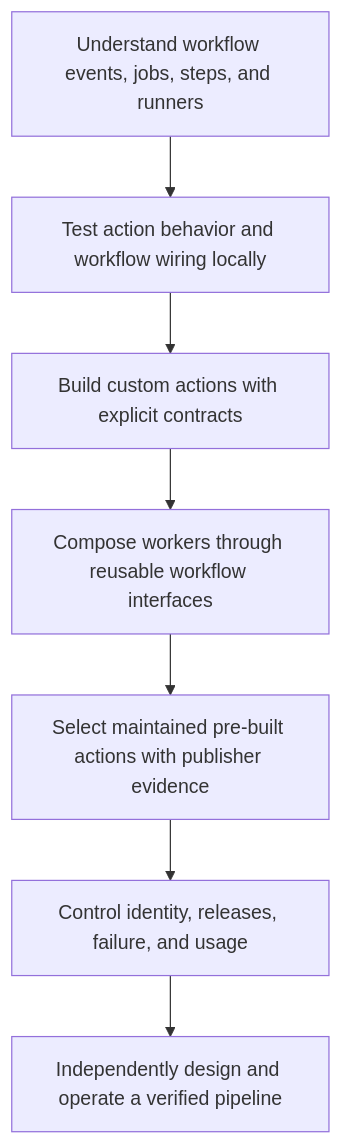
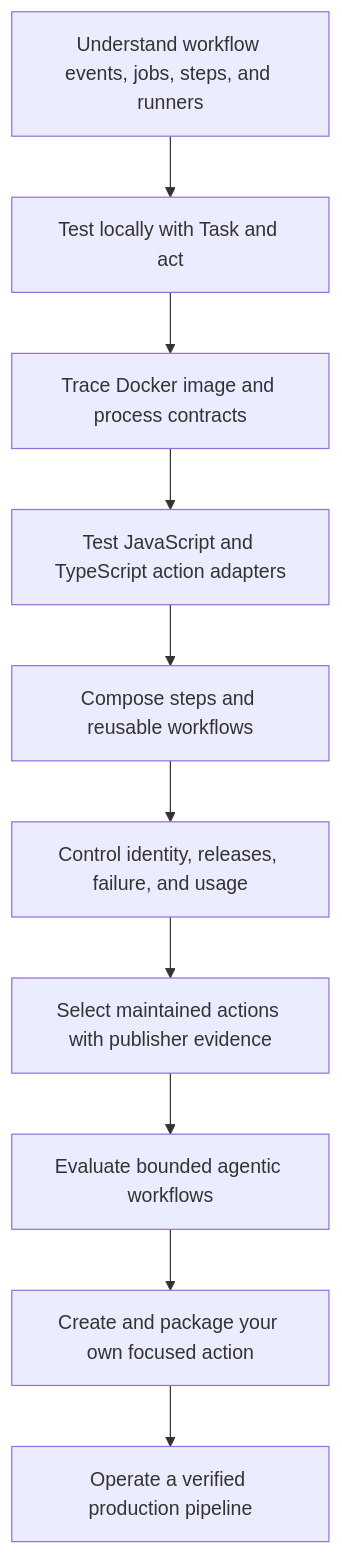
The diagram in docs/lessons/teaching-guide.md (Rohit1024/actions-learn), drawn with Mermaid before and after one commit. The commit also changed other lines of this file and 169 other files, not shown here.

````diff
--- a/docs/lessons/teaching-guide.md
+++ b/docs/lessons/teaching-guide.md
@@ -30,9 +30,12 @@
 ```mermaid
 flowchart TD
-    Workflow["Understand workflow events, jobs, steps, and runners"] --> Local["Test action behavior and workflow wiring locally"]
-    Local --> Author["Build custom actions with explicit contracts"]
-    Author --> Composer["Compose workers through reusable workflow interfaces"]
-    Composer --> Reuse["Select maintained pre-built actions with publisher evidence"]
-    Reuse --> Operator["Control identity, releases, failure, and usage"]
-    Operator --> Orchestrator["Independently design and operate a verified pipeline"]
+    Workflow["Understand workflow events, jobs, steps, and runners"] --> Local["Test locally with Task and act"]
+    Local --> Docker["Trace Docker image and process contracts"]
+    Docker --> Node["Test JavaScript and TypeScript action adapters"]
+    Node --> Composer["Compose steps and reusable workflows"]
+    Composer --> Security["Control identity, releases, failure, and usage"]
+    Security --> Reuse["Select maintained actions with publisher evidence"]
+    Reuse --> Agentic["Evaluate bounded agentic workflows"]
+    Agentic --> Author["Create and package your own focused action"]
+    Author --> Capstone["Operate a verified production pipeline"]
 ```
````
